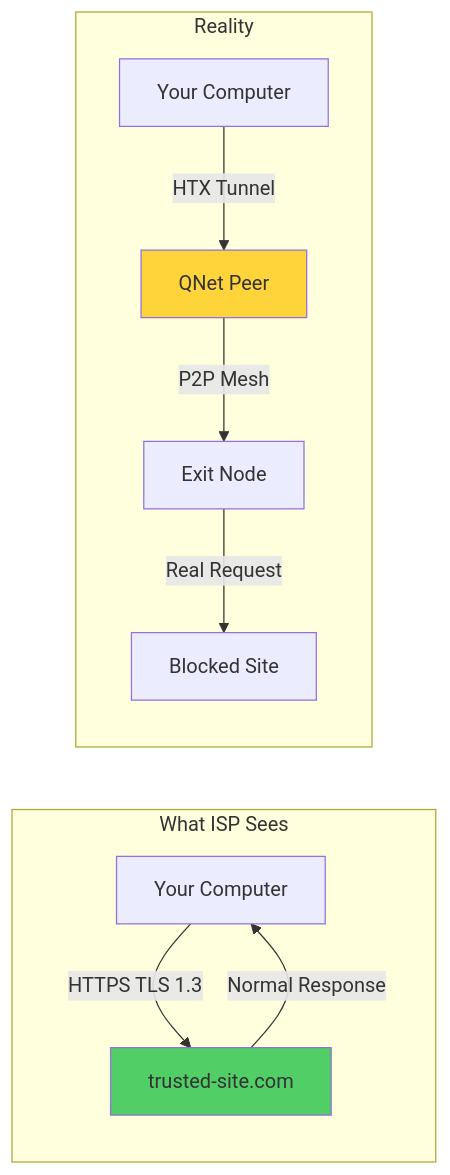
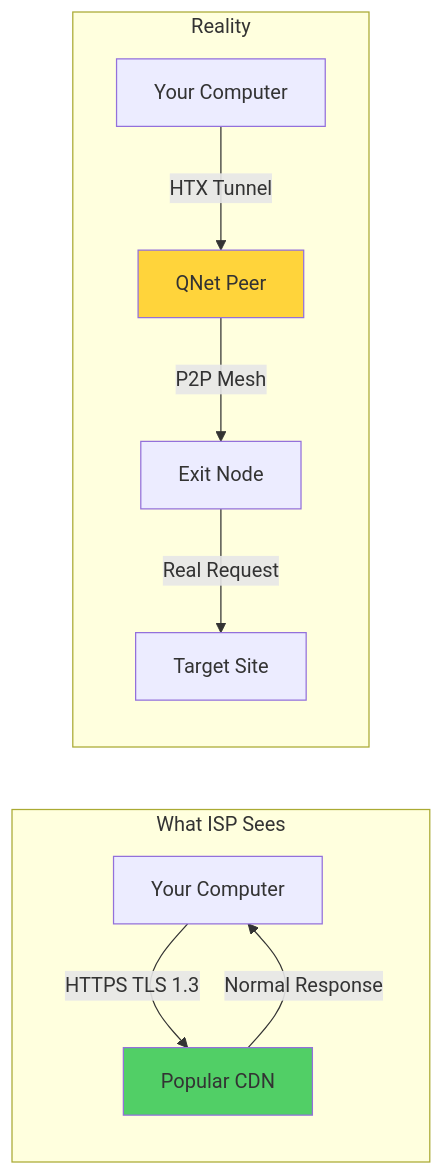
Before and after one commit to QW1CKS/qnet: the sixth of 13 diagrams in README.md, drawn with Mermaid. The commit also changed other lines of this file and 2 other files, not shown here.

First line of the commit message:
docs: Enhance architecture documentation with TLS fingerprinting details and connection masking notes

````diff
--- a/README.md
+++ b/README.md
@@ -249,16 +255,16 @@
 ```mermaid
 graph LR
     subgraph "What ISP Sees"
-        A[Your Computer] -->|HTTPS TLS 1.3| B[trusted-site.com]
+        A[Your Computer] -->|HTTPS TLS 1.3| B[Popular CDN]
         B -->|Normal Response| A
     end
     
     subgraph "Reality"
         C[Your Computer] -->|HTX Tunnel| D[QNet Peer]
         D -->|P2P Mesh| E[Exit Node]
-        E -->|Real Request| F[Blocked Site]
+        E -->|Real Request| F[Target Site]
     end
     
     style B fill:#51cf66
     style D fill:#ffd43b
 ```
````
